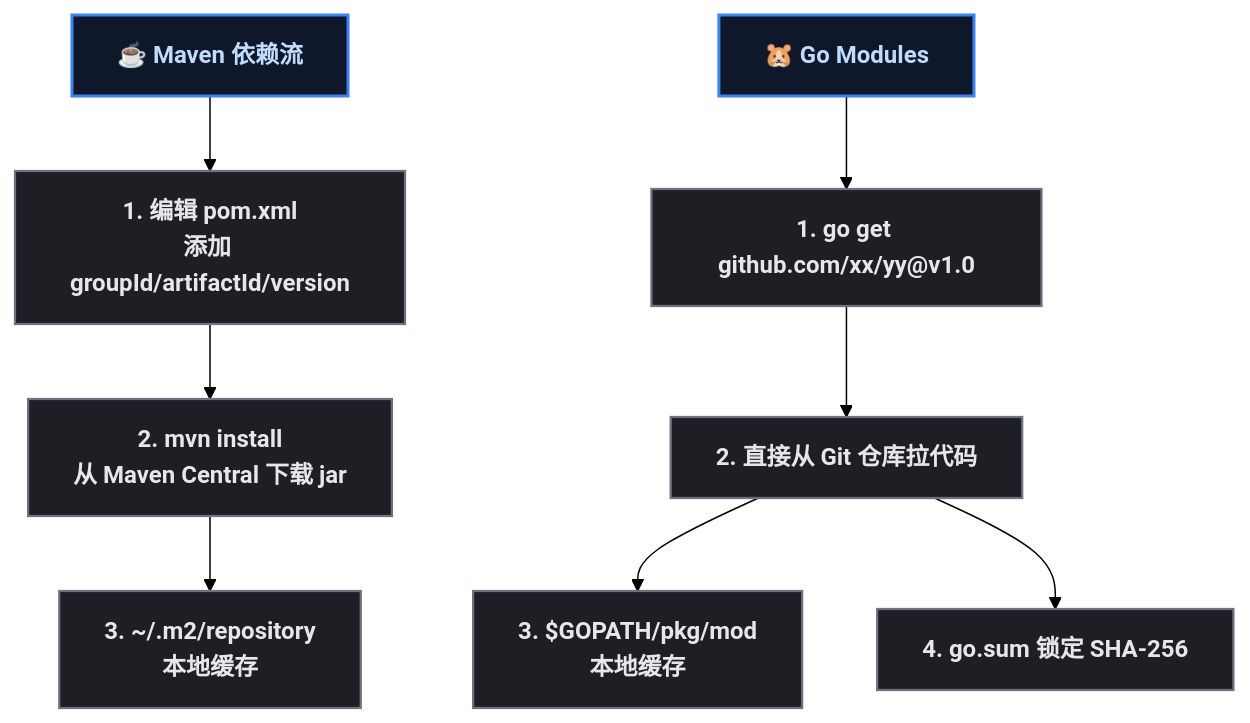
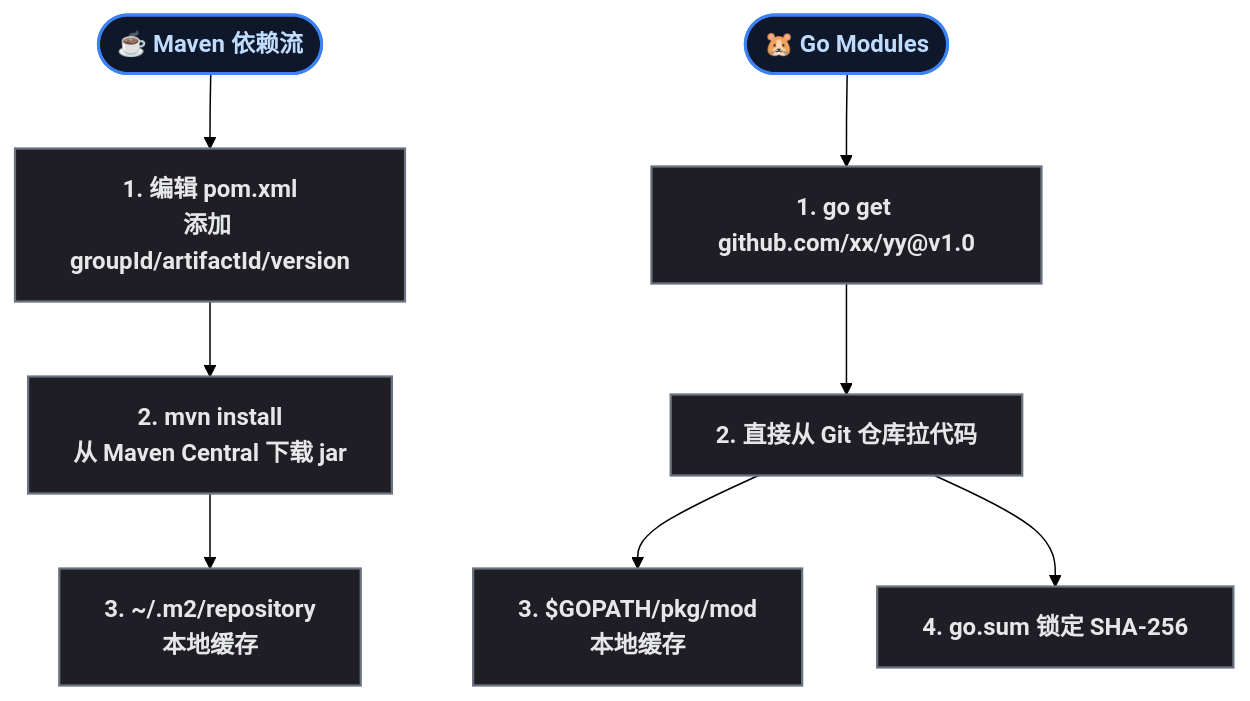
The fourth of 4 diagrams in content/posts/go/JavaVsGoSyntax.md (yaocat55/yaocat55.github.io), drawn with Mermaid (forest theme) before and after one commit. The commit also changed other lines of this file and 14 other files, not shown here.

````diff
--- a/content/posts/go/JavaVsGoSyntax.md
+++ b/content/posts/go/JavaVsGoSyntax.md
@@ -587,17 +586,17 @@
 ```mermaid
 flowchart TD
-    Maven["☕ Maven 依赖流"] --> MC["1. 编辑 pom.xml\n添加 groupId/artifactId/version"]
+    Maven(["☕ Maven 依赖流"]) --> MC["1. 编辑 pom.xml\n添加 groupId/artifactId/version"]
     MC --> MC2["2. mvn install\n从 Maven Central 下载 jar"]
     MC2 --> MC3["3. ~/.m2/repository\n本地缓存"]
     
-    GoMod["🐹 Go Modules"] --> GM1["1. go get github.com/xx/yy@v1.0"]
+    GoMod(["🐹 Go Modules"]) --> GM1["1. go get github.com/xx/yy@v1.0"]
     GM1 --> GM2["2. 直接从 Git 仓库拉代码"]
     GM2 --> GM3["3. $GOPATH/pkg/mod\n本地缓存"]
     GM2 --> GM4["4. go.sum 锁定 SHA-256"]
     
 classDef root fill:#0f172a,stroke:#3b82f6,stroke-width:2px,color:#bfdbfe,font-weight:bold;
 classDef leaf fill:#1e1e24,stroke:#6b7280,stroke-width:1.5px,color:#e5e7eb;
     
     class Maven,GoMod root
     class MC,MC2,MC3,GM1,GM2,GM3,GM4 leaf
 ```
````
